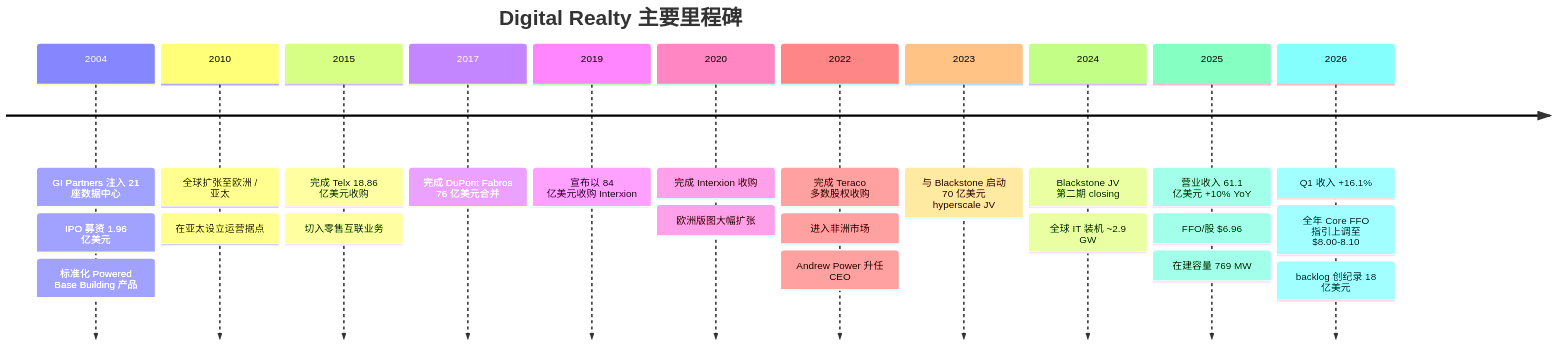
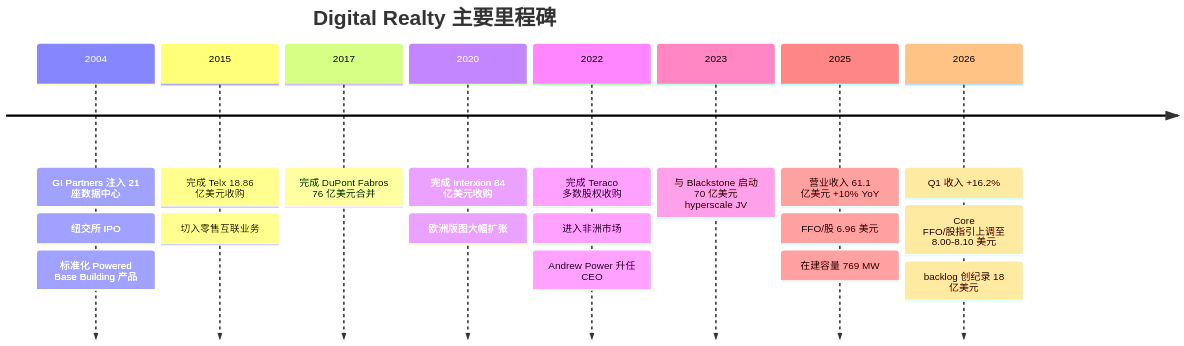
The third of 7 diagrams in reports/company/DigitalRealty_NYSE_DLR/DigitalRealty_NYSE_DLR_公司研究.md (dadachundan/financial_agent), drawn with Mermaid before and after one commit. The commit also changed other lines of this file and 9 other files, not shown here.

````diff
--- a/reports/company/DigitalRealty_NYSE_DLR/DigitalRealty_NYSE_DLR_公司研究.md
+++ b/reports/company/DigitalRealty_NYSE_DLR/DigitalRealty_NYSE_DLR_公司研究.md
@@ -65,15 +477,12 @@
 ```mermaid
 timeline
     title Digital Realty 主要里程碑
-    2004 : GI Partners 注入 21 座数据中心 : IPO 募资 1.96 亿美元 : 标准化 Powered Base Building 产品
-    2010 : 全球扩张至欧洲 / 亚太 : 在亚太设立运营据点
+    2004 : GI Partners 注入 21 座数据中心 : 纽交所 IPO : 标准化 Powered Base Building 产品
     2015 : 完成 Telx 18.86 亿美元收购 : 切入零售互联业务
     2017 : 完成 DuPont Fabros 76 亿美元合并
-    2019 : 宣布以 84 亿美元收购 Interxion
-    2020 : 完成 Interxion 收购 : 欧洲版图大幅扩张
+    2020 : 完成 Interxion 84 亿美元收购 : 欧洲版图大幅扩张
     2022 : 完成 Teraco 多数股权收购 : 进入非洲市场 : Andrew Power 升任 CEO
     2023 : 与 Blackstone 启动 70 亿美元 hyperscale JV
-    2024 : Blackstone JV 第二期 closing : 全球 IT 装机 ~2.9 GW
-    2025 : 营业收入 61.1 亿美元 +10% YoY : FFO/股 $6.96 : 在建容量 769 MW
-    2026 : Q1 收入 +16.1% : 全年 Core FFO 指引上调至 $8.00-8.10 : backlog 创纪录 18 亿美元
+    2025 : 营业收入 61.1 亿美元 +10% YoY : FFO/股 6.96 美元 : 在建容量 769 MW
+    2026 : Q1 收入 +16.2% : Core FFO/股指引上调至 8.00-8.10 美元 : backlog 创纪录 18 亿美元
 ```
````
